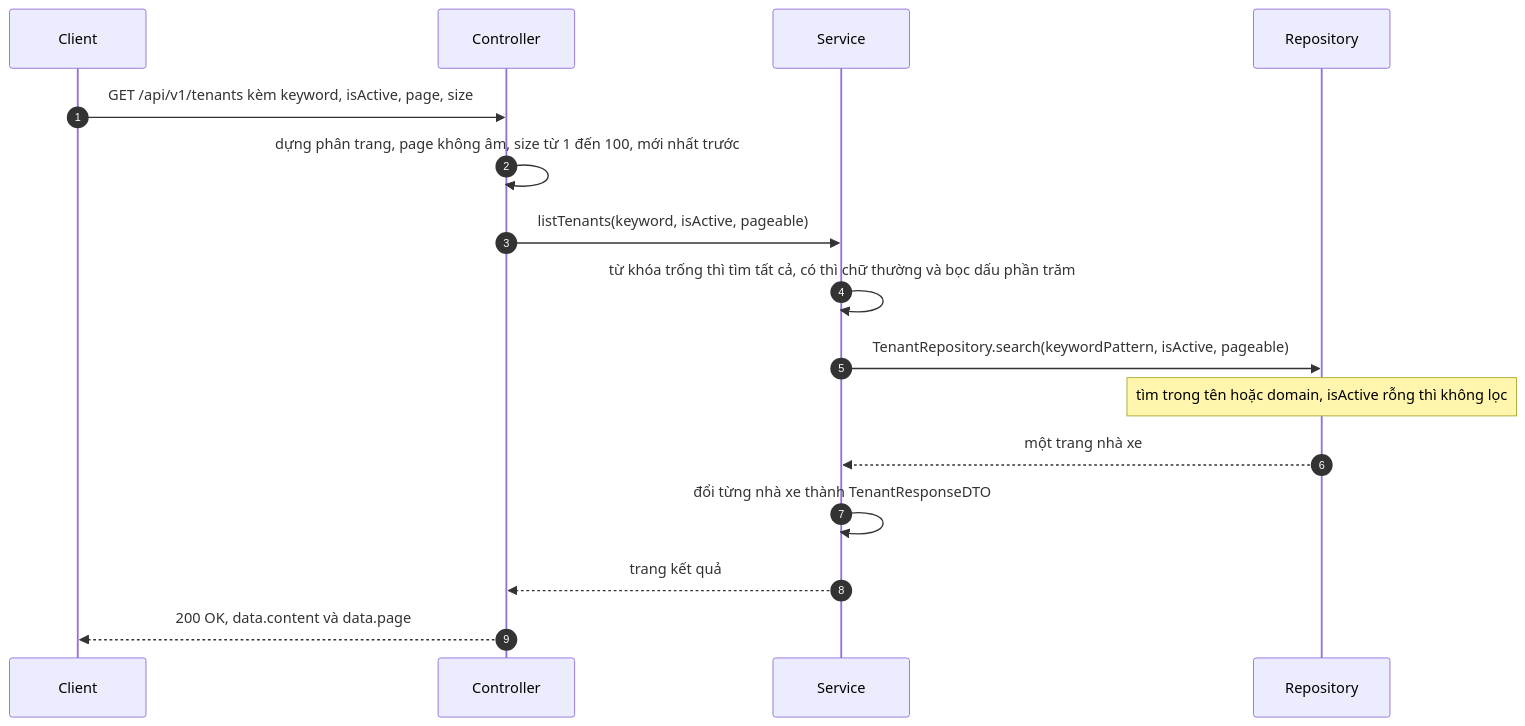
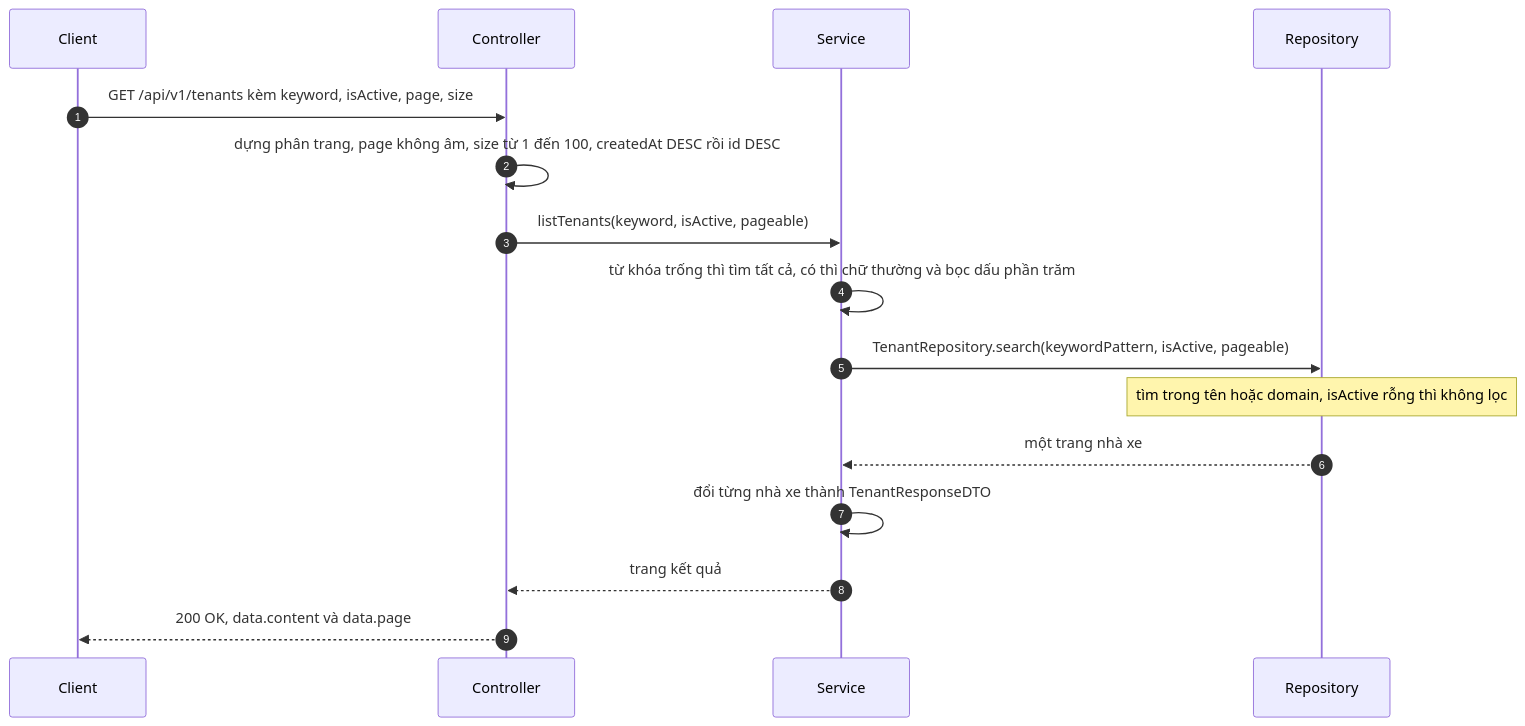
One commit to foodboi88/car-rental-saas changed the fourth of 11 diagrams in docs/plans/tenant/2026-10-19-tenant-api-spec.md. Above: the diagram before and after it, drawn with Mermaid. The commit also changed other lines of this file and 28 other files, not shown here.

````diff
--- a/docs/plans/tenant/2026-10-19-tenant-api-spec.md
+++ b/docs/plans/tenant/2026-10-19-tenant-api-spec.md
@@ -263,18 +269,18 @@
 ```mermaid
 sequenceDiagram
   autonumber
   participant C as Client
   participant K as Controller
   participant S as Service
   participant R as Repository
   C->>K: GET /api/v1/tenants kèm keyword, isActive, page, size
-  K->>K: dựng phân trang, page không âm, size từ 1 đến 100, mới nhất trước
+  K->>K: dựng phân trang, page không âm, size từ 1 đến 100, createdAt DESC rồi id DESC
   K->>S: listTenants(keyword, isActive, pageable)
   S->>S: từ khóa trống thì tìm tất cả, có thì chữ thường và bọc dấu phần trăm
   S->>R: TenantRepository.search(keywordPattern, isActive, pageable)
   Note over R: tìm trong tên hoặc domain, isActive rỗng thì không lọc
   R-->>S: một trang nhà xe
   S->>S: đổi từng nhà xe thành TenantResponseDTO
   S-->>K: trang kết quả
   K-->>C: 200 OK, data.content và data.page
 ```
````
